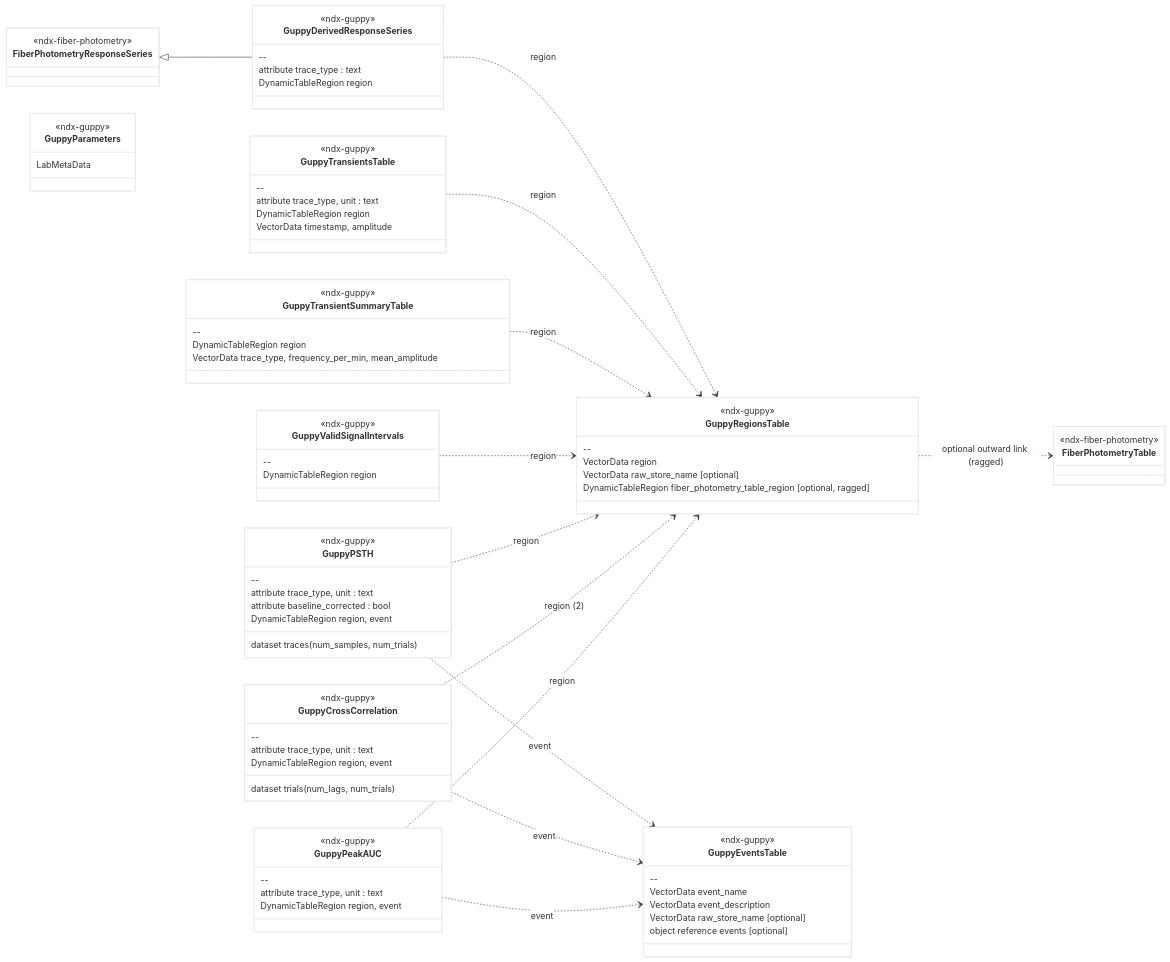
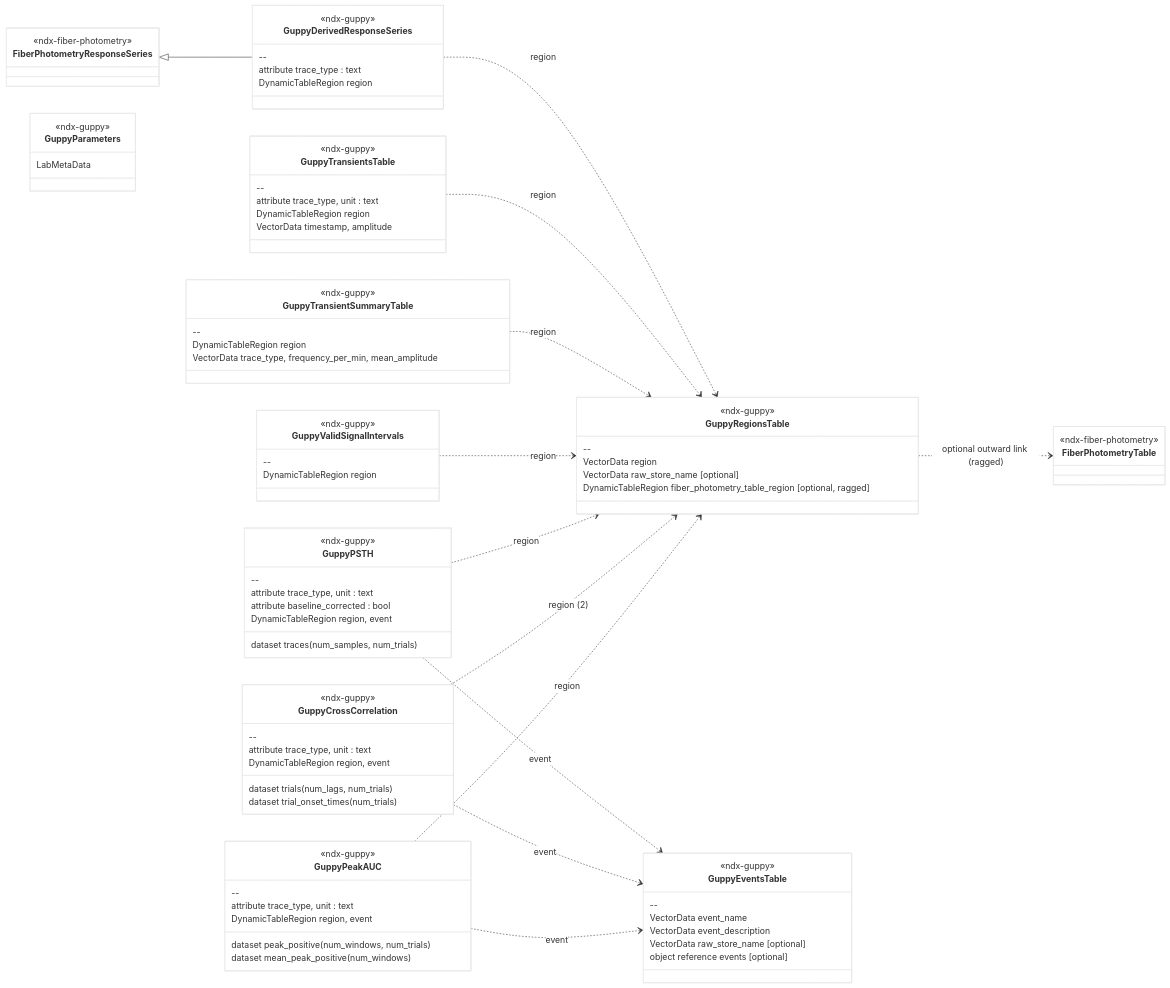
The diagram in README.md (catalystneuro/ndx-guppy), drawn with Mermaid before and after one commit. The commit also changed other lines of this file and 3 other files, not shown here.

```diff
--- a/README.md
+++ b/README.md
@@ -254,12 +256,15 @@
         attribute trace_type, unit : text
         DynamicTableRegion region, event
         dataset trials (num_lags, num_trials)
+        dataset trial_onset_times (num_trials)
     }
     class GuppyPeakAUC {
         <<ndx-guppy>>
         --
         attribute trace_type, unit : text
         DynamicTableRegion region, event
+        dataset peak_positive (num_windows, num_trials)
+        dataset mean_peak_positive (num_windows)
     }
     class GuppyValidSignalIntervals {
         <<ndx-guppy>>
```
